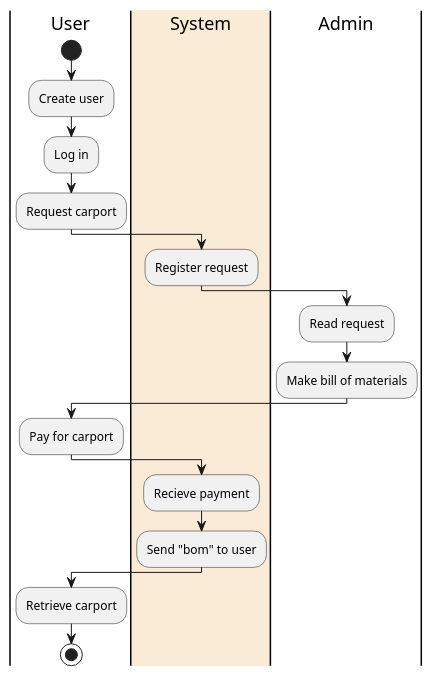
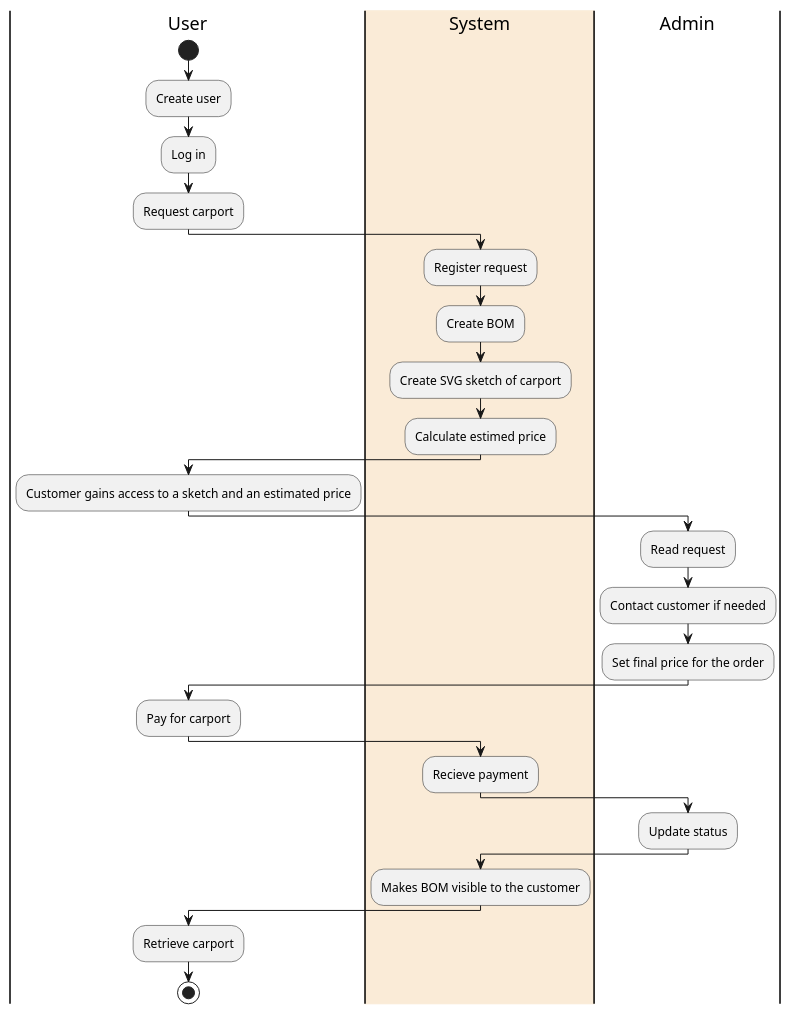
The diagram in documentation/aktivitetsdiagram.puml (rasm445f/Fog-Carport), drawn with PlantUML before and after one commit. The commit also changed 1 other file, not shown here.

Commit message:
updated domain model and activity diagram

```diff
--- a/documentation/aktivitetsdiagram.puml
+++ b/documentation/aktivitetsdiagram.puml
@@ -1,31 +1,39 @@
 @startuml
 |User|
 start
 
 
 
 
 |#AntiqueWhite|System|
 |User|
 :Create user;
 :Log in;
 :Request carport;
 
 |System|
 :Register request;
+:Create BOM;
+:Create SVG sketch of carport;
+:Calculate estimed price;
+|User|
+:Customer gains access to a sketch and an estimated price;
 |Admin|
 :Read request;
-|Admin|
-:Make bill of materials;
+:Contact customer if needed;
+:Set final price for the order;
 |User|
 :Pay for carport;
 |System|
 :Recieve payment;
+|Admin|
+:Update status;
+
 |System|
-:Send "bom" to user;
+:Makes BOM visible to the customer;
 
 
 |User|
 :Retrieve carport;
 stop
 @enduml
```
